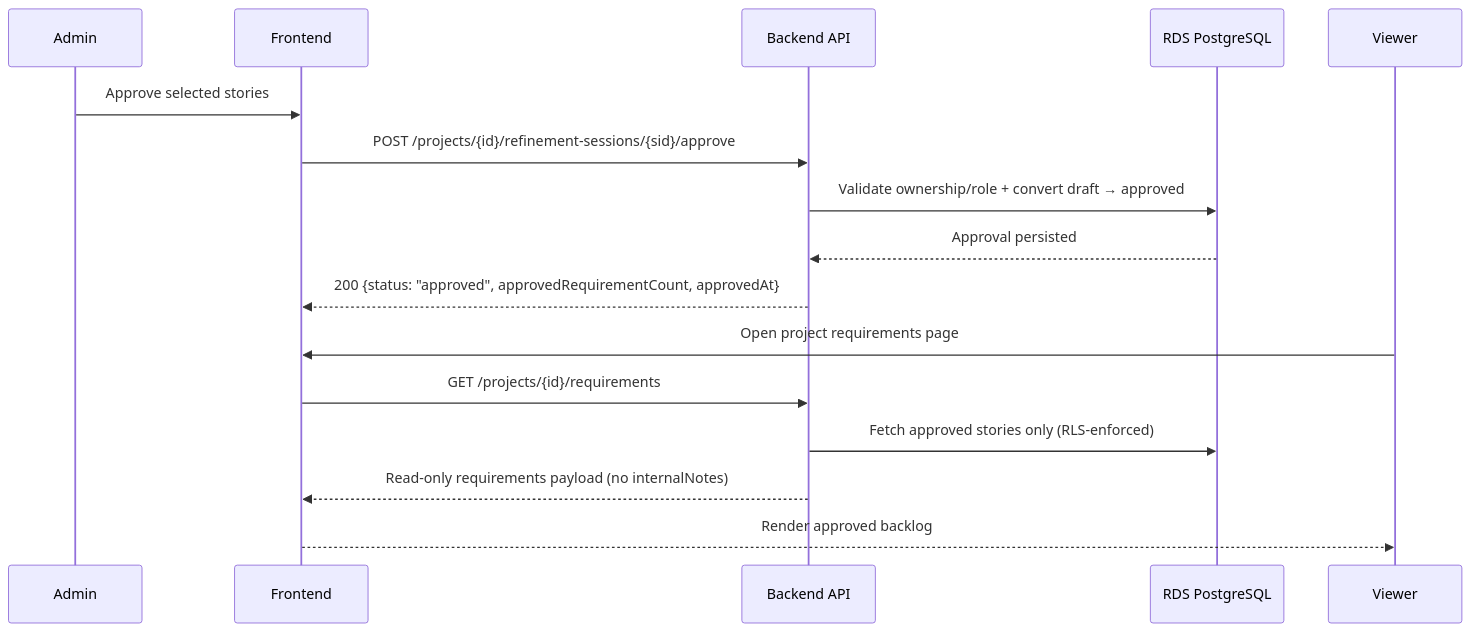
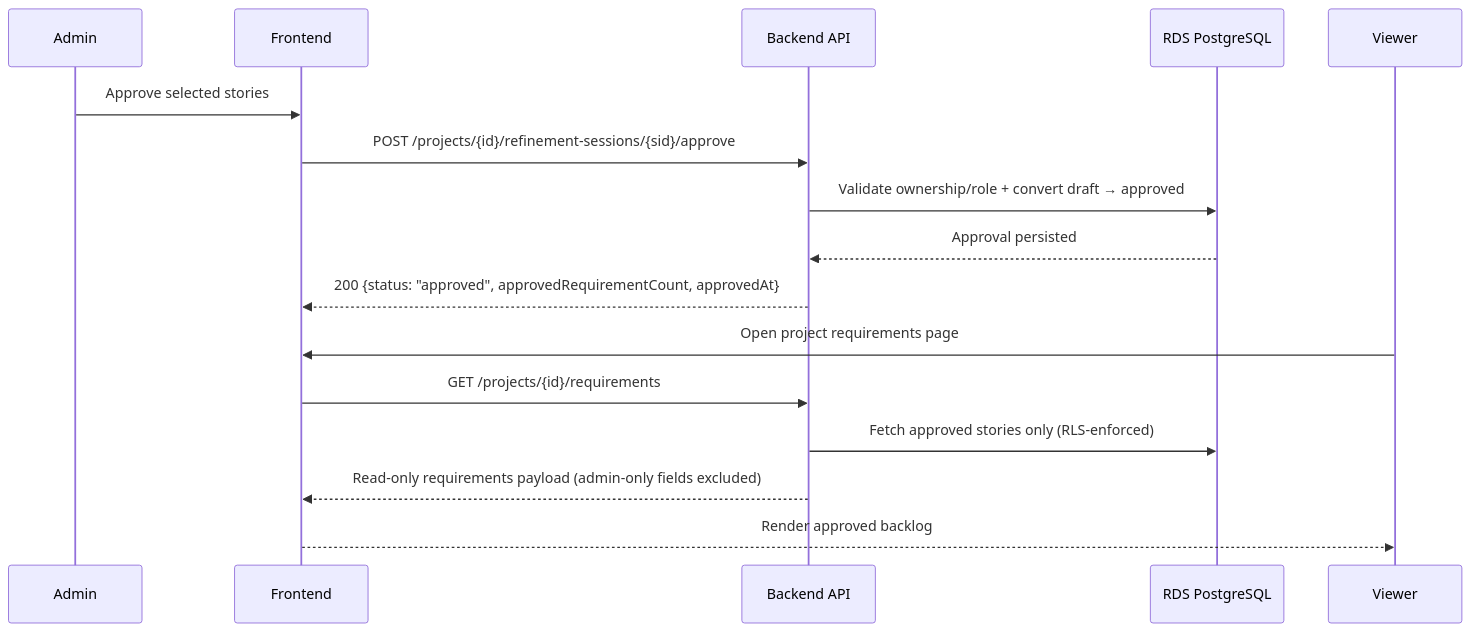
Before and after one commit to alonsovndev/open-projects-hub-docs: the third of 13 diagrams in docs/03-architecture/diagrams/sequence-diagrams.md, drawn with Mermaid. The commit also changed other lines of this file and 15 other files, not shown here.

Commit message:
docs: remove internal notes requirement

````diff
--- a/docs/03-architecture/diagrams/sequence-diagrams.md
+++ b/docs/03-architecture/diagrams/sequence-diagrams.md
@@ -73,19 +73,19 @@
 ```mermaid
 sequenceDiagram
     participant Admin
     participant FE as Frontend
     participant BE as Backend API
     participant DB as RDS PostgreSQL
     participant Viewer
 
     Admin->>FE: Approve selected stories
     FE->>BE: POST /projects/{id}/refinement-sessions/{sid}/approve
     BE->>DB: Validate ownership/role + convert draft → approved
     DB-->>BE: Approval persisted
     BE-->>FE: 200 {status: "approved", approvedRequirementCount, approvedAt}
     Viewer->>FE: Open project requirements page
     FE->>BE: GET /projects/{id}/requirements
     BE->>DB: Fetch approved stories only (RLS-enforced)
-    BE-->>FE: Read-only requirements payload (no internalNotes)
+    BE-->>FE: Read-only requirements payload (admin-only fields excluded)
     FE-->>Viewer: Render approved backlog
 ```
````
